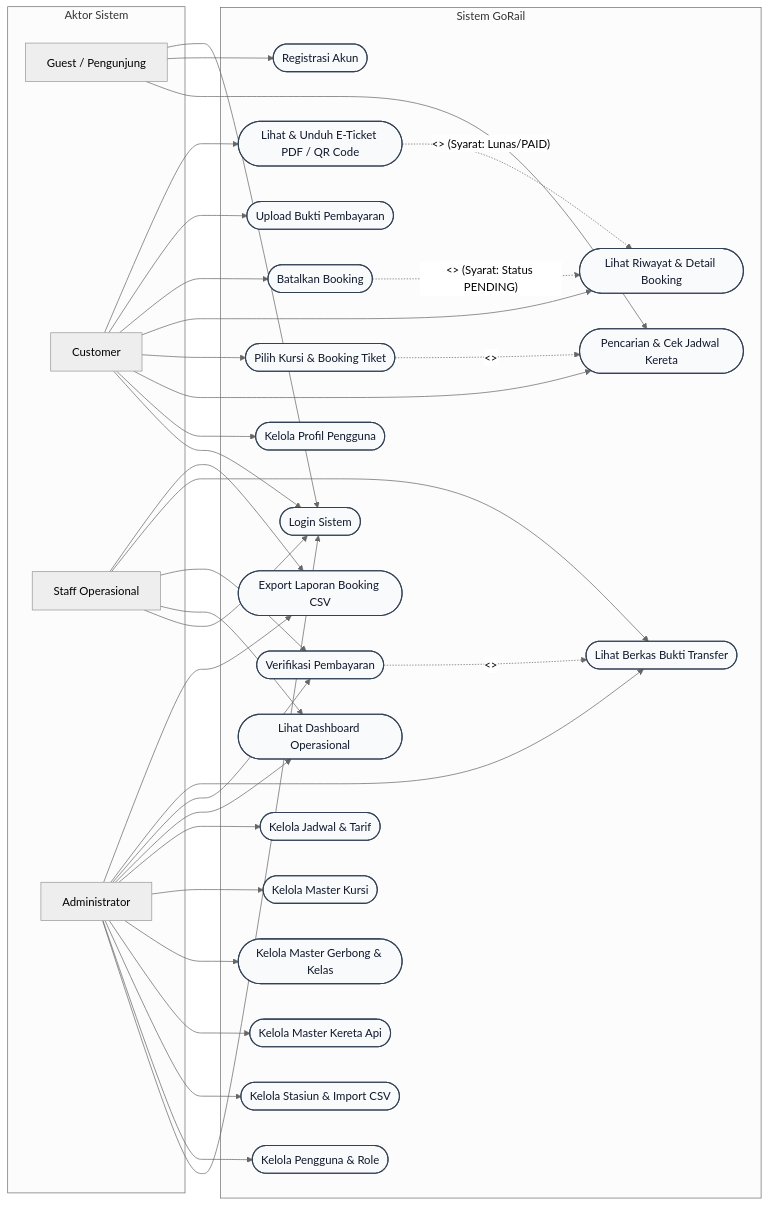
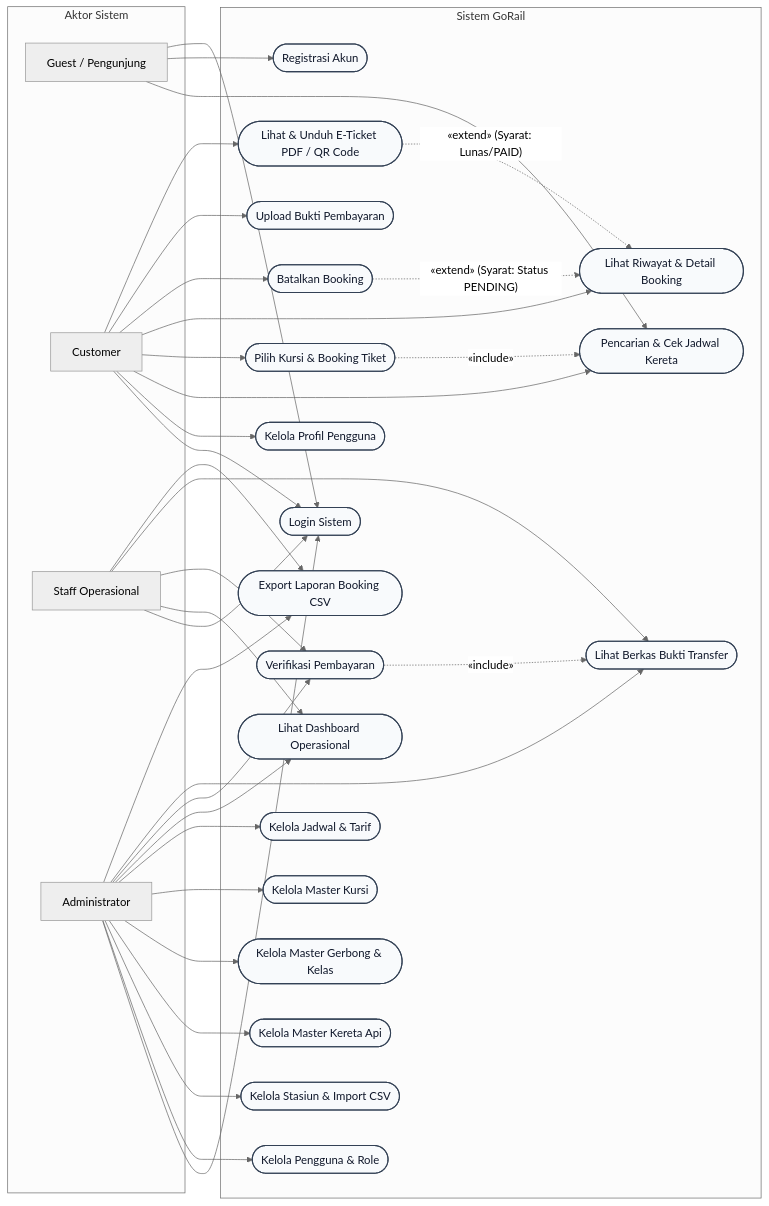
Before and after one commit to Tedshub/GoRail: the diagram in README.md, drawn with Mermaid (neutral theme).

````diff
--- a/README.md
+++ b/README.md
@@ -84,10 +84,10 @@
     Admin --> UC_Export
 
     %% Relations (Include & Extend)
-    UC_Verify -.->|"<<include>>"| UC_ViewProof
-    UC_Seat -.->|"<<include>>"| UC_Search
-    UC_Ticket -.->|"<<extend>> (Syarat: Lunas/PAID)"| UC_Hist
-    UC_Cancel -.->|"<<extend>> (Syarat: Status PENDING)"| UC_Hist
+    UC_Verify -.->|"«include»"| UC_ViewProof
+    UC_Seat -.->|"«include»"| UC_Search
+    UC_Ticket -.->|"«extend» (Syarat: Lunas/PAID)"| UC_Hist
+    UC_Cancel -.->|"«extend» (Syarat: Status PENDING)"| UC_Hist
 
     classDef uc fill:#f8fafc,stroke:#334155,stroke-width:1.5px,color:#0f172a;
 ```
````
